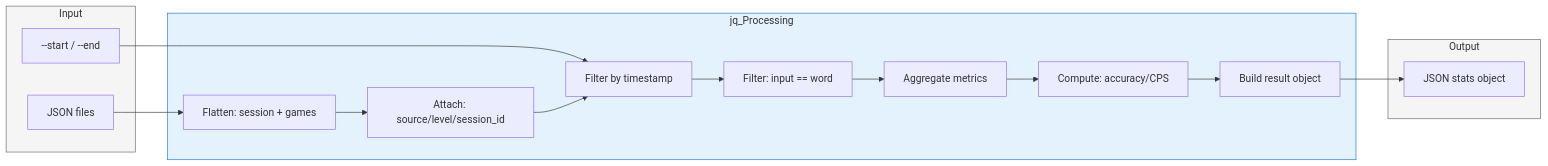
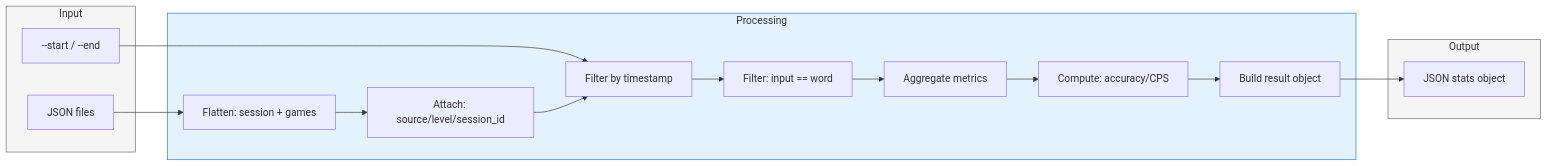
Before and after one commit to tomato-tom/flash-card: the fourth of 5 diagrams in docs/typing.md, drawn with Mermaid. The commit also changed other lines of this file and 1 other file, not shown here.

````diff
--- a/docs/typing.md
+++ b/docs/typing.md
@@ -134,37 +125,37 @@
 ```mermaid
 graph LR
     subgraph Input
         Files[JSON files]
         Args[--start / --end]
     end
     
-    subgraph jq_Processing
+    subgraph Processing
         Flatten[Flatten: session + games]
         AttachMeta[Attach: source/level/session_id]
         FilterPeriod[Filter by timestamp]
         FilterCorrect[Filter: input == word]
         Aggregate[Aggregate metrics]
         ComputeDerived[Compute: accuracy/CPS]
         BuildOutput[Build result object]
     end
     
     subgraph Output
         StatsJSON[JSON stats object]
     end
     
     Files --> Flatten
     Args --> FilterPeriod
     
     Flatten --> AttachMeta
     AttachMeta --> FilterPeriod
     FilterPeriod --> FilterCorrect
     FilterCorrect --> Aggregate
     Aggregate --> ComputeDerived
     ComputeDerived --> BuildOutput
     BuildOutput --> StatsJSON
     
     classDef io fill:#f5f5f5,stroke:#666,stroke-width:1px
     classDef proc fill:#e3f2fd,stroke:#1976d2
     class Input,Output io
-    class jq_Processing proc
+    class Processing proc
 ```
````
